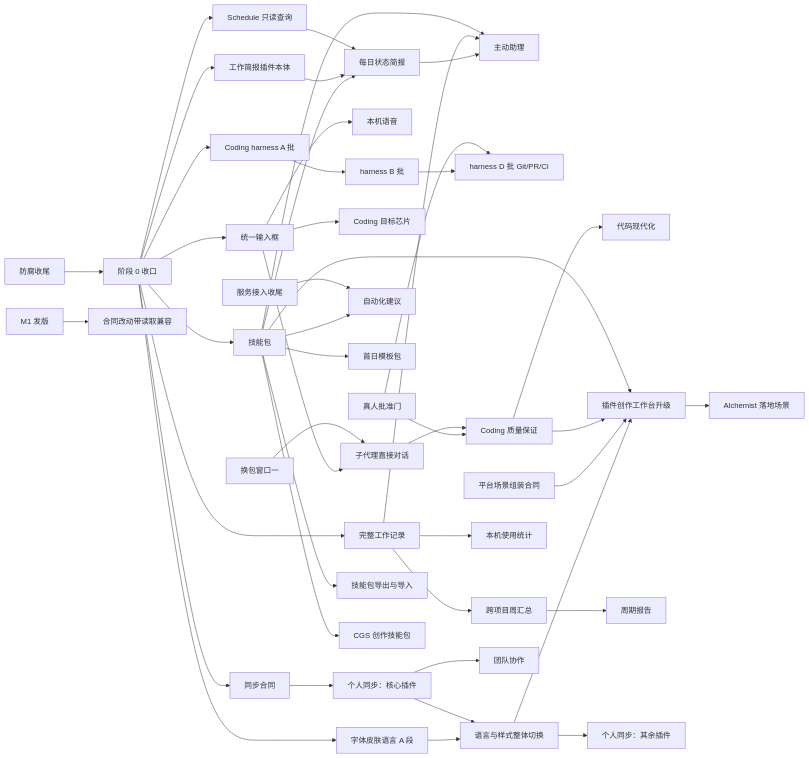
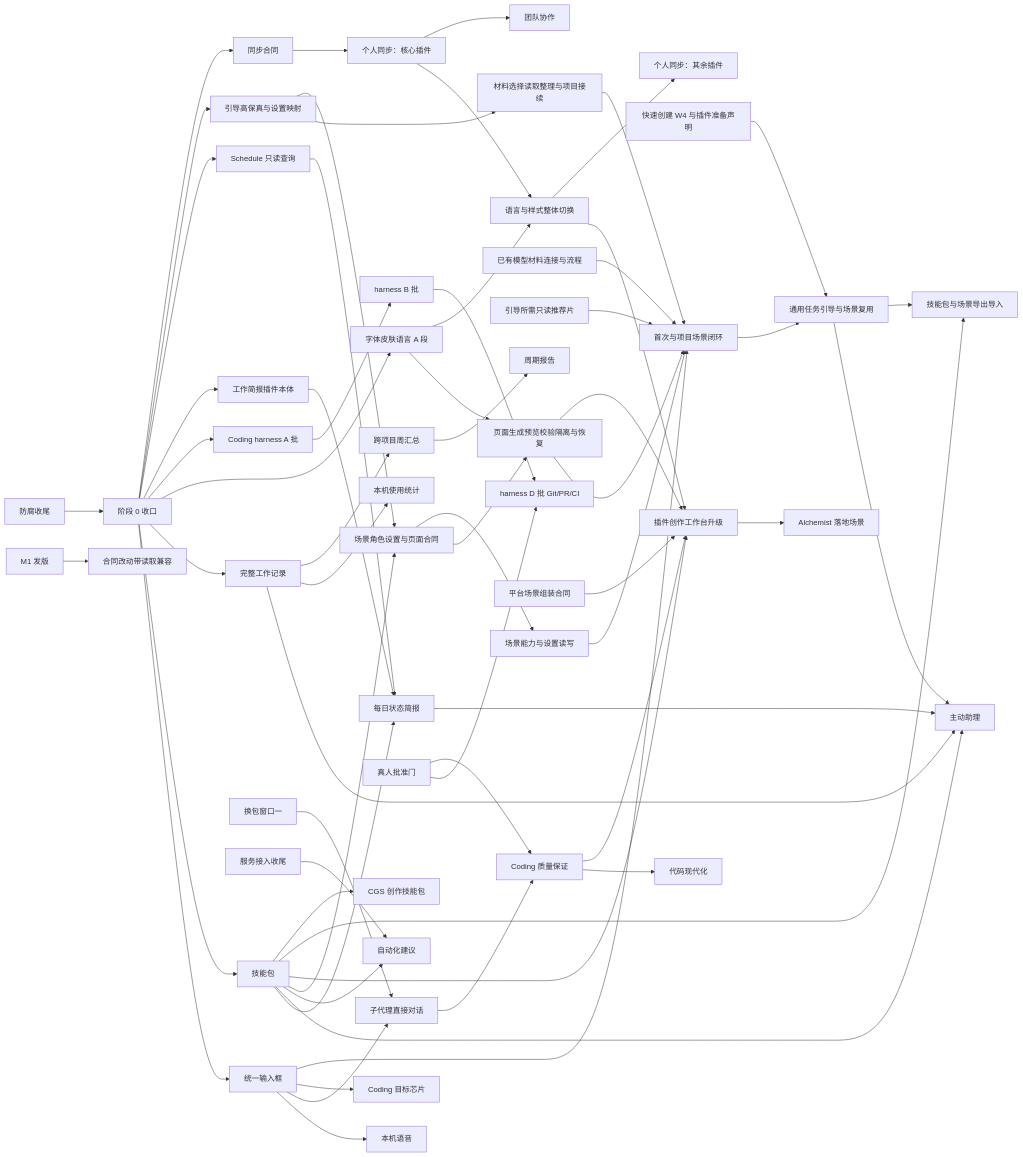
Before and after one commit to molis-ai/molis-work: the diagram in specs/post-anticorruption-roadmap/spec.md, drawn with Mermaid. The commit also changed other lines of this file and 2 other files, not shown here.

````diff
--- a/specs/post-anticorruption-roadmap/spec.md
+++ b/specs/post-anticorruption-roadmap/spec.md
@@ -182,47 +184,64 @@
 ```mermaid
 flowchart LR
   AC[防腐收尾] --> S0[阶段 0 收口]
   S0 --> IN[统一输入框]
   S0 --> SP[技能包]
   S0 --> WR[完整工作记录]
   S0 --> FA[字体皮肤语言 A 段]
   S0 --> HA[Coding harness A 批]
   S0 --> WB[工作简报插件本体]
   S0 --> SQ[Schedule 只读查询]
   IN --> VO[本机语音]
   IN --> SUB[子代理直接对话]
   IN --> CHIP[Coding 目标芯片]
   SP --> DB[每日状态简报]
   WB --> DB
   SQ --> DB
   DB --> PA[主动助理]
   WR --> PA
   SP --> PA
   SP --> AR[自动化建议]
-  SP --> TP[首日模板包]
+  S0 --> OD[引导高保真与设置映射]
+  OD --> OI[材料选择读取整理与项目接续]
+  OI --> ON
+  OD --> OC[场景角色设置与页面合同]
+  SP --> OC
+  OC --> OG[页面生成预览校验隔离与恢复]
+  FA --> OG
+  OC --> OS[场景能力与设置读写]
+  OG --> ON[首次与项目场景闭环]
+  OS --> ON
+  IN --> ON
+  BASE[已有模型材料连接与流程] --> ON
+  REC[引导所需只读推荐片] --> ON
+  ON --> OT[通用任务引导与场景复用]
+  QC[快速创建 W4 与插件准备声明] --> OT
+  OT --> PA
+  OT --> SH
   HA --> HB[harness B 批]
   HB --> HD[harness D 批 Git/PR/CI]
   AP[真人批准门] --> HD
   AP --> QA[Coding 质量保证]
   SUB --> QA
   QA --> MOD[代码现代化]
   W1[换包窗口一] --> SUB
   FA --> FC[语言与样式整体切换]
   FC --> PB[插件创作工作台升级]
   PC[平台场景组装合同] --> PB
   PB --> AL[Alchemist 落地场景]
   QA --> PB
   SP --> PB
+  OG --> PB
   ASC[服务接入收尾] --> AR
   WR --> ST[本机使用统计]
   WR --> XP[跨项目周汇总]
   XP --> PR[周期报告]
   S0 --> SC[同步合同]
   SC --> SY[个人同步：核心插件]
   SY --> FC
   FC --> SY2[个人同步：其余插件]
   SY --> TEAM[团队协作]
-  SP --> SH[技能包导出与导入]
+  SP --> SH[技能包与场景导出导入]
   SP --> CGS[CGS 创作技能包]
   M1[M1 发版] --> COMPAT[合同改动带读取兼容]
 ```
````
